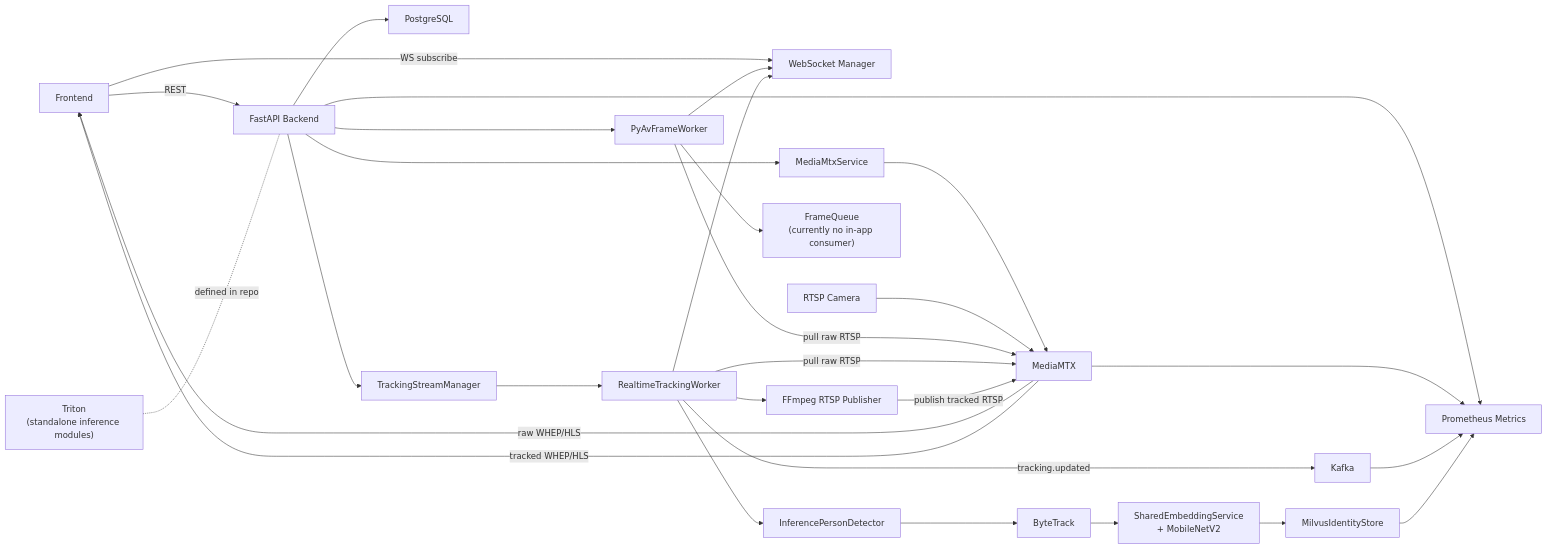
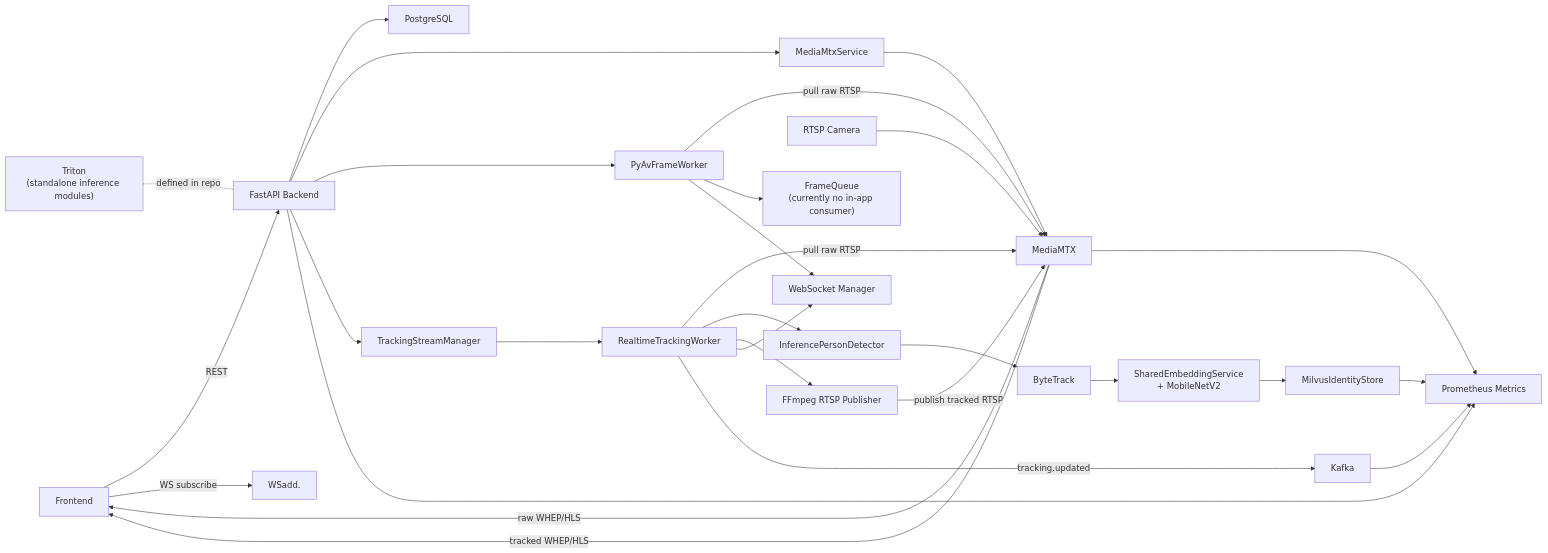
The first of 4 diagrams in backend/README.md (Premaramkarthik/Ai-Intelligence-Theft-Detection), drawn with Mermaid before and after one commit. The commit also changed 12 other files, not shown here.

````diff
--- a/backend/README.md
+++ b/backend/README.md
@@ -71,56 +71,56 @@
 ```mermaid
 flowchart LR
     Frontend["Frontend"]
     API["FastAPI Backend"]
     DB["PostgreSQL"]
     WS["WebSocket Manager"]
     Kafka["Kafka"]
     MediaMtxSvc["MediaMtxService"]
     MediaMTX["MediaMTX"]
     Camera["RTSP Camera"]
     RawWorker["PyAvFrameWorker"]
     FrameQueue["FrameQueue<br/>(currently no in-app consumer)"]
     TrackingMgr["TrackingStreamManager"]
     TrackingWorker["RealtimeTrackingWorker"]
     Detector["InferencePersonDetector"]
     Tracker["ByteTrack"]
     Embedder["SharedEmbeddingService<br/>+ MobileNetV2"]
     Milvus["MilvusIdentityStore"]
     FFmpeg["FFmpeg RTSP Publisher"]
     Metrics["Prometheus Metrics"]
     Triton["Triton<br/>(standalone inference modules)"]
 
     Frontend -->|REST| API
-    Frontend -->|WS subscribe| WS
+    Frontend -->|WS subscribe| WSadd.
     API --> DB
     API --> MediaMtxSvc
     MediaMtxSvc --> MediaMTX
     Camera --> MediaMTX
     MediaMTX -->|raw WHEP/HLS| Frontend
 
     API --> RawWorker
     RawWorker -->|pull raw RTSP| MediaMTX
     RawWorker --> FrameQueue
     RawWorker --> WS
 
     API --> TrackingMgr
     TrackingMgr --> TrackingWorker
     TrackingWorker -->|pull raw RTSP| MediaMTX
     TrackingWorker --> Detector
     Detector --> Tracker
     Tracker --> Embedder
     Embedder --> Milvus
     TrackingWorker --> FFmpeg
     FFmpeg -->|publish tracked RTSP| MediaMTX
     MediaMTX -->|tracked WHEP/HLS| Frontend
 
     TrackingWorker --> WS
     TrackingWorker -->|tracking.updated| Kafka
 
     API --> Metrics
     MediaMTX --> Metrics
     Kafka --> Metrics
     Milvus --> Metrics
 
     Triton -. defined in repo .- API
 ```
````
